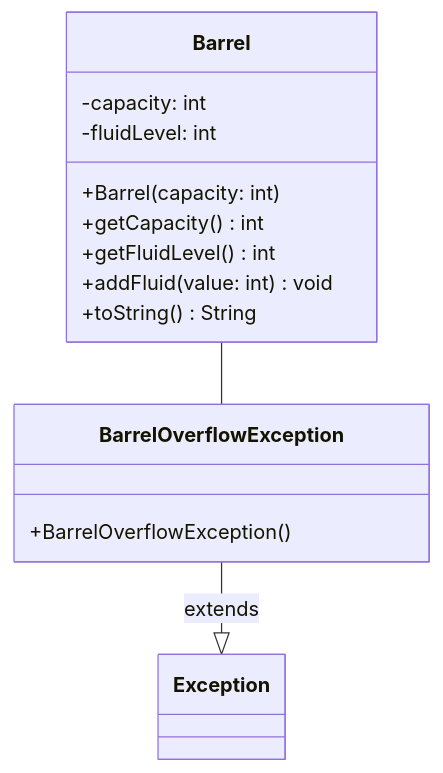
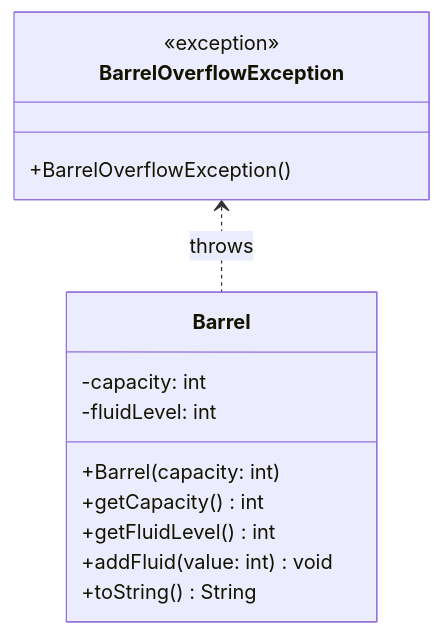
The diagram in docs/exercises/exceptions/exceptions02.mdx (jappuccini/java-docs), drawn with Mermaid before and after one commit. The commit also changed other lines of this file and 36 other files, not shown here.

````diff
--- a/docs/exercises/exceptions/exceptions02.mdx
+++ b/docs/exercises/exceptions/exceptions02.mdx
@@ -15,24 +15,20 @@
 ```mermaid
 classDiagram
 
-    Barrel -- BarrelOverflowException
-    BarrelOverflowException --|> Exception : extends
+    BarrelOverflowException <.. Barrel : throws
 
     class Barrel {
         -capacity: int
         -fluidLevel: int
         +Barrel(capacity: int)
         +getCapacity() int
         +getFluidLevel() int
         +addFluid(value: int) void
         +toString() String
     }
 
     class BarrelOverflowException {
-      +BarrelOverflowException()
-    }
-
-    class Exception {
-
+        <<exception>>
+        +BarrelOverflowException()
     }
 ```
````
